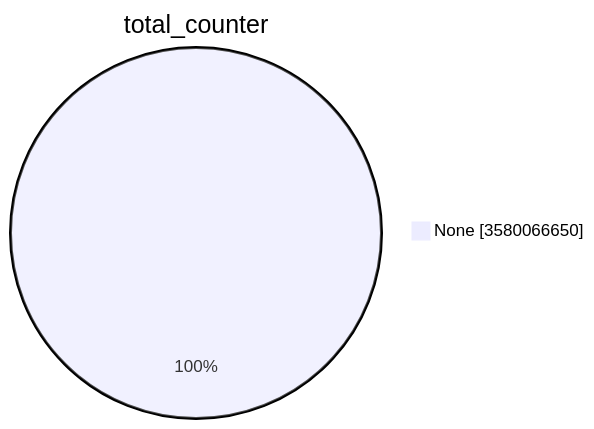
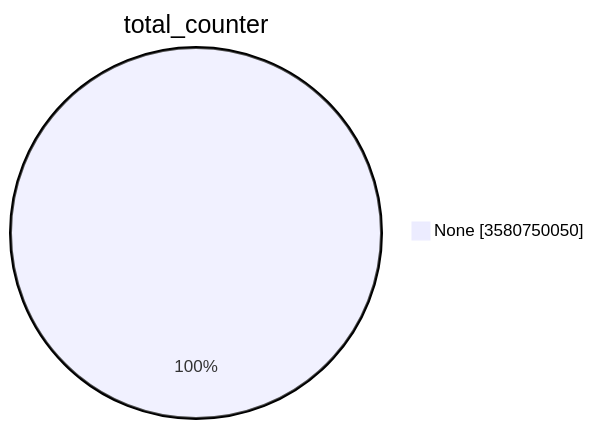
The first of 15 diagrams in TOTAL/README.md (christiankrug/ctmonitor_visualization), drawn with Mermaid before and after one commit. The commit also changed other lines of this file, not shown here.

````diff
--- a/TOTAL/README.md
+++ b/TOTAL/README.md
@@ -1,5 +1,5 @@
 ```mermaid
 pie showData
 title total_counter
-"None" :3580066650
+"None" :3580750050
 ```
````
